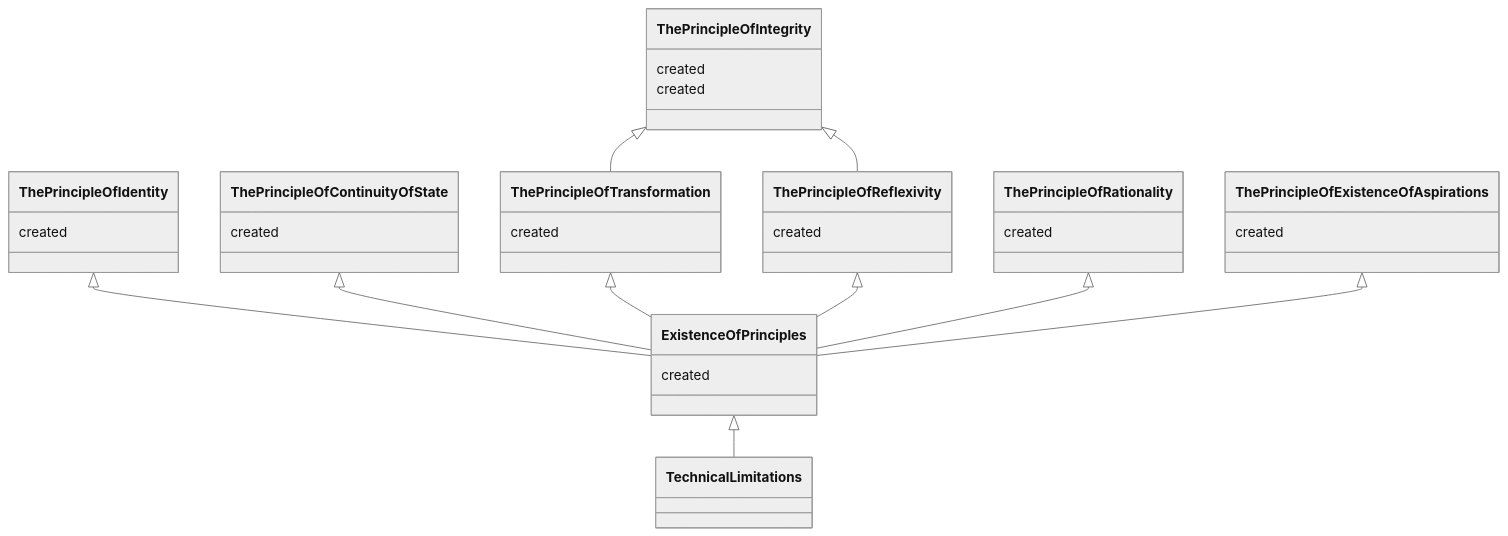
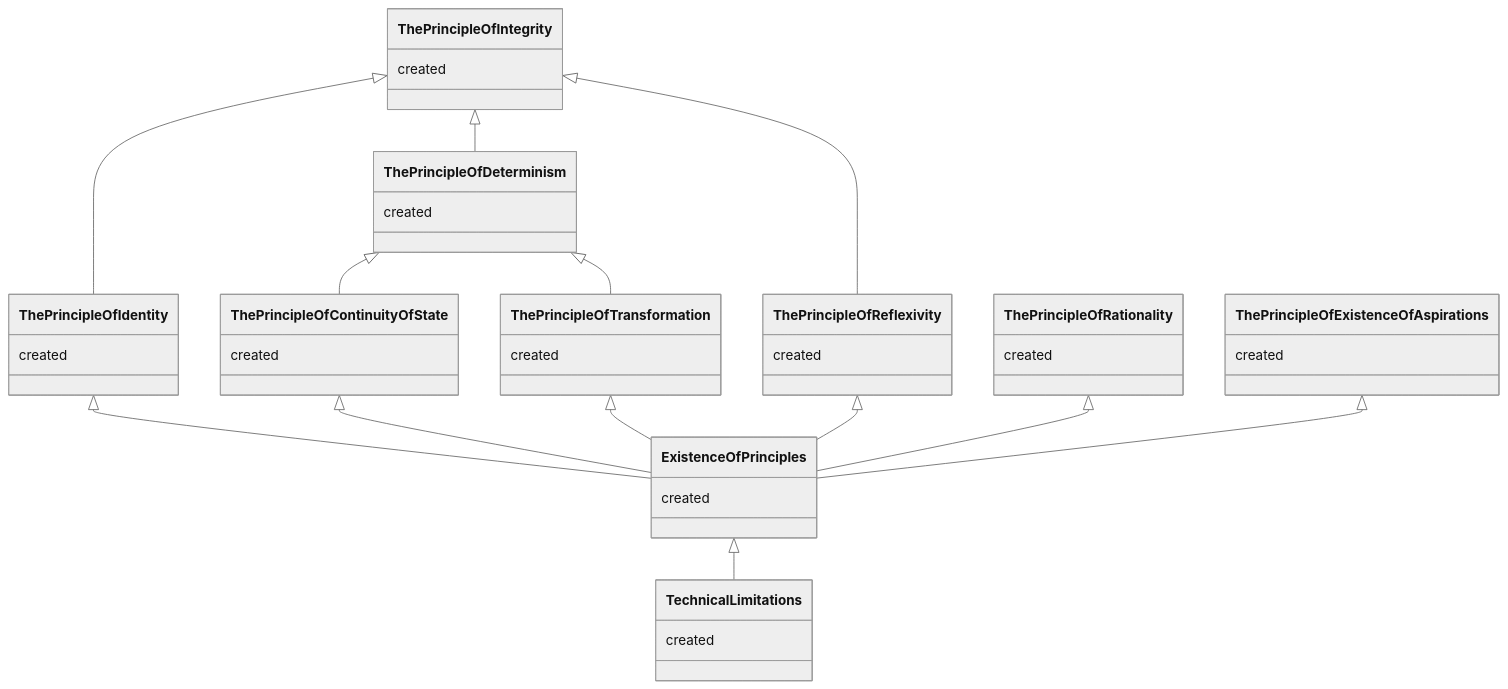
One commit to the-laurel/chain-proposals changed the third of 5 diagrams in evmos/PrecedenceGraph.md. Above: the diagram before and after it, drawn with Mermaid (neutral theme).

````diff
--- a/evmos/PrecedenceGraph.md
+++ b/evmos/PrecedenceGraph.md
@@ -71,62 +71,71 @@
 ```mermaid
 classDiagram
 
-class The Principle Of Integrity  {
+class Technical Limitations {
   created
 }
-link The Principle Of Integrity "https://github.com/the-laurel/chain-proposals/blob/main/evmos/PrincipleOfIntegrity.md"
+link Technical Limitations "https://github.com/the-laurel/chain-proposals/edit/main/evmos/PrecedenceGraph.md#technical-limitations"
+
+class The Principle Of Determinism  {
+  created
+}
+link The Principle Of Determinism "https://github.com/the-laurel/chain-proposals/blob/main/evmos/PrincipleOfDeterminism.md"
 
 class The Principle Of Reflexivity  {
   created
 }
 link The Principle Of Reflexivity "https://github.com/the-laurel/chain-proposals/blob/main/evmos/PrincipleOfReflexivity.md" 
 
 class The Principle Of Identity  {
   created
 }
 link The Principle Of Identity "https://github.com/the-laurel/chain-proposals/blob/main/evmos/PrincipleOfIdentity.md" 
 
 class The Principle Of Transformation  {
   created
 }
 link The Principle Of Transformation "https://github.com/the-laurel/chain-proposals/blob/main/evmos/PrincipleOfTransformation.md" 
 
 class Existence Of Principles {
   created
 }
 link Existence Of Principles "https://github.com/the-laurel/chain-proposals/blob/main/evmos/ExistenceOfPrinciples.md" 
 
 class The Principle Of Integrity {
   created
 }
 link The Principle Of Integrity "https://github.com/the-laurel/chain-proposals/blob/main/evmos/PrincipleOfIntegrity.md"
 
 class The Principle Of Rationality {
   created
 }
 link The Principle Of Rationality "https://github.com/the-laurel/chain-proposals/blob/main/evmos/PrincipleOfRationality.md" 
 
 class The Principle Of Existence Of Aspirations {
   created
 }
 link The Principle Of Existence Of Aspirations "https://github.com/the-laurel/chain-proposals/blob/main/evmos/PrincipleOfExistenceOfAspirations.md" 
 
 class The Principle Of Continuity Of State {
   created
 }
 link The Principle Of Continuity Of State "https://github.com/the-laurel/chain-proposals/blob/main/evmos/PrincipleOfContinuityOfState.md"
 
-The Principle Of Integrity  <|-- The Principle Of Transformation
+The Principle Of Integrity  <|-- The Principle Of Determinism
 The Principle Of Integrity  <|-- The Principle Of Reflexivity
+The Principle Of Integrity  <|-- The Principle Of Identity
+
+The Principle Of Determinism <|-- The Principle Of Transformation
+The Principle Of Determinism <|-- The Principle Of Continuity Of State
 
 The Principle Of Identity  <|-- Existence Of Principles 
 The Principle Of Continuity Of State  <|-- Existence Of Principles 
 The Principle Of Transformation <|-- Existence Of Principles 
 The Principle Of Reflexivity <|-- Existence Of Principles 
 The Principle Of Rationality <|-- Existence Of Principles
 The Principle Of Existence Of Aspirations <|-- Existence Of Principles
 
 Existence Of Principles <|-- Technical Limitations
 
 
 ```
````
